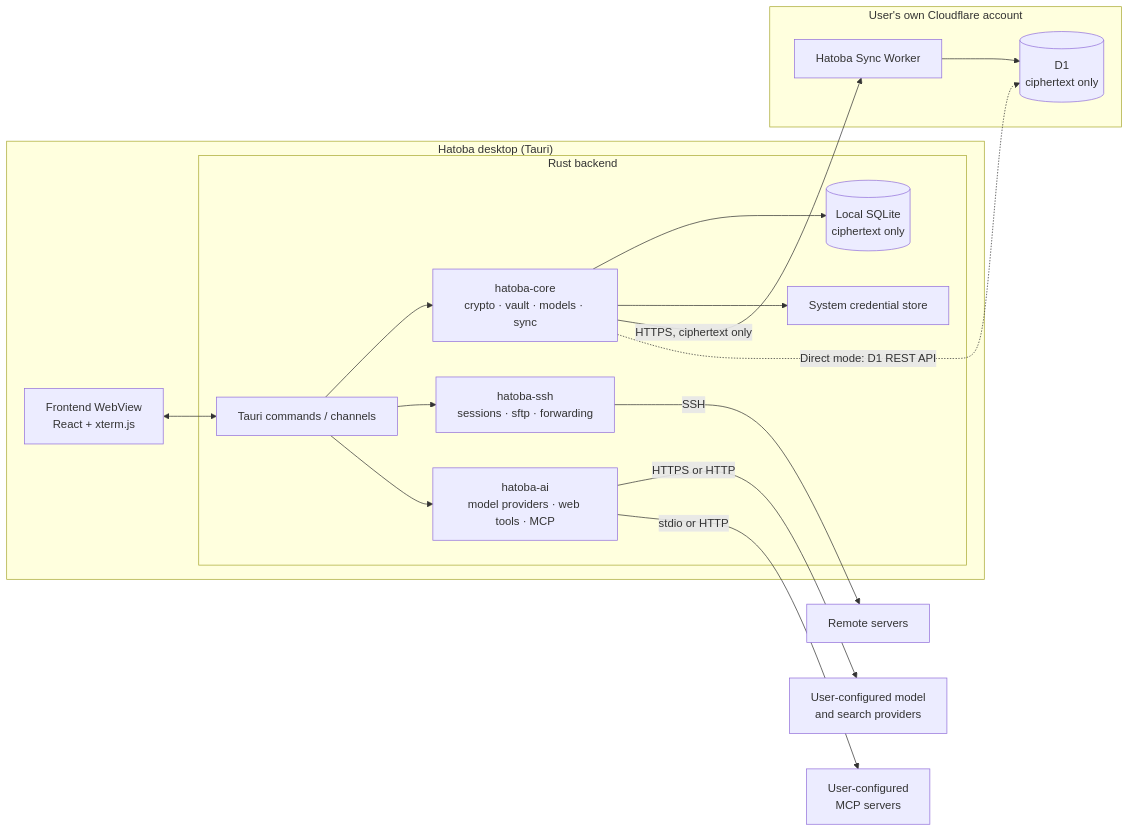
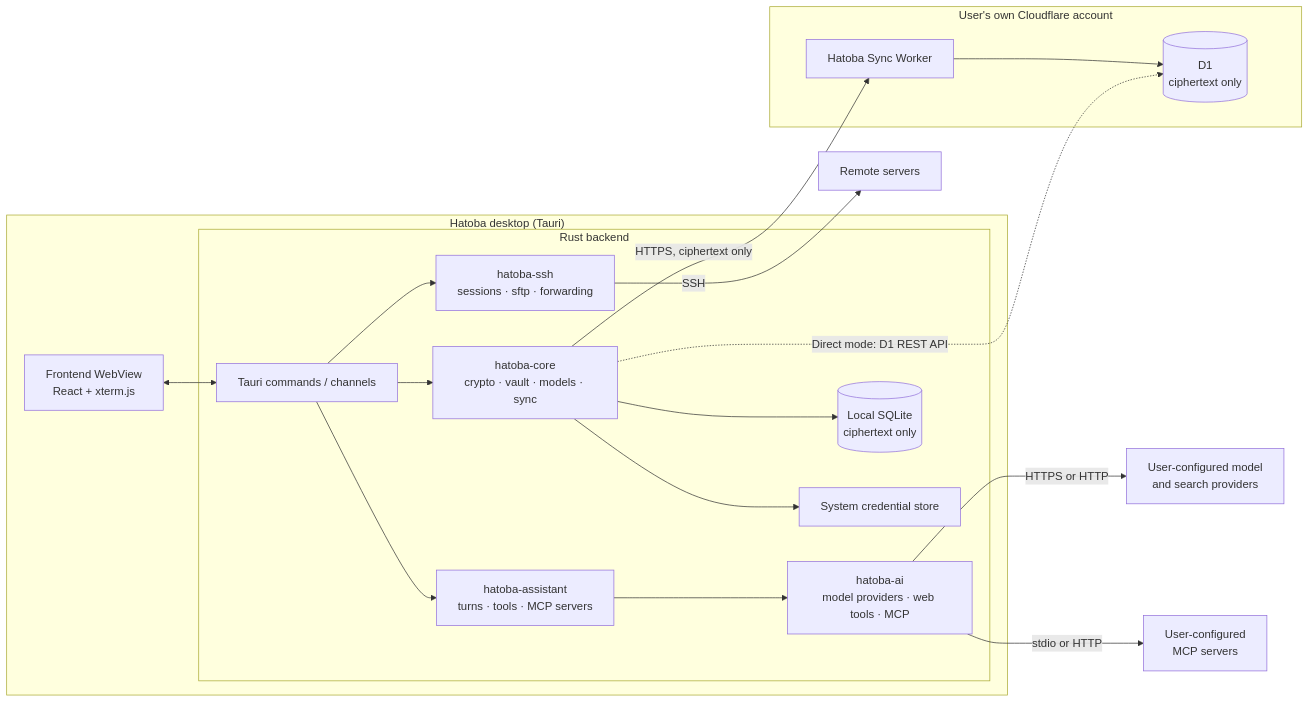
One commit to scarletkc/Hatoba changed the diagram in docs/hatoba-spec.md. Above: the diagram before and after it, drawn with Mermaid. The commit also changed other lines of this file and 6 other files, not shown here.

````diff
--- a/docs/hatoba-spec.md
+++ b/docs/hatoba-spec.md
@@ -56,30 +56,32 @@
 ```mermaid
 flowchart LR
   subgraph Desktop["Hatoba desktop (Tauri)"]
     UI["Frontend WebView<br/>React + xterm.js"]
     subgraph Rust["Rust backend"]
       CMD["Tauri commands / channels"]
       CORE["hatoba-core<br/>crypto · vault · models · sync"]
       SSH["hatoba-ssh<br/>sessions · sftp · forwarding"]
+      ASSIST["hatoba-assistant<br/>turns · tools · MCP servers"]
       AI["hatoba-ai<br/>model providers · web tools · MCP"]
       DB[("Local SQLite<br/>ciphertext only")]
       KC["System credential store"]
     end
   end
   subgraph CF["User's own Cloudflare account"]
     W["Hatoba Sync Worker"]
     D1[("D1<br/>ciphertext only")]
   end
   UI <--> CMD
   CMD --> CORE
   CMD --> SSH
-  CMD --> AI
+  CMD --> ASSIST
+  ASSIST --> AI
   AI -->|HTTPS or HTTP| Providers["User-configured model<br/>and search providers"]
   AI -->|stdio or HTTP| MCP["User-configured<br/>MCP servers"]
   CORE --> DB
   CORE --> KC
   SSH -->|SSH| Servers["Remote servers"]
   CORE -->|HTTPS, ciphertext only| W
   W --> D1
   CORE -.->|Direct mode: D1 REST API| D1
 ```
````
